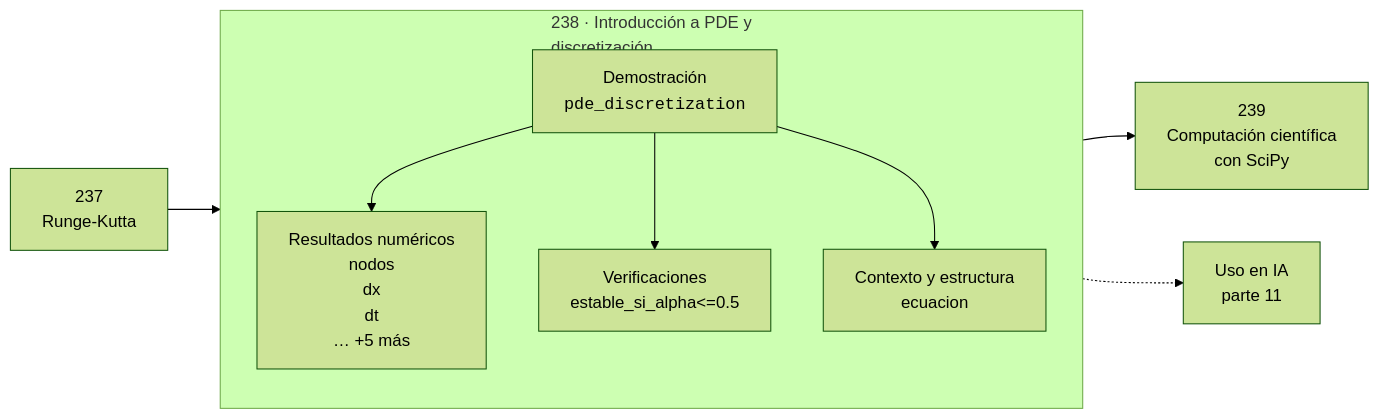
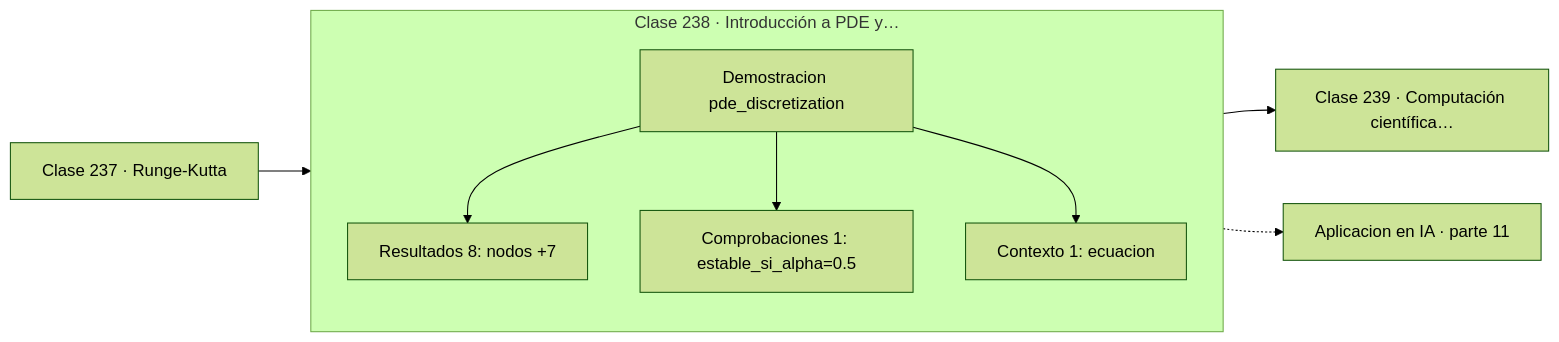
One commit to vladimiracunadev-create/computational-mathematics-program changed the diagram in classes/part-11-metodos-numericos-y-computacion-cientifica/238-introduccion-a-pde-y-discretizacion/README.md. Above: the diagram before and after it, drawn with Mermaid (forest theme). The commit also changed 389 other files, not shown here.

First line of the commit message:
fix(diagramas): elimina el HTML de las etiquetas Mermaid

````diff
--- a/classes/part-11-metodos-numericos-y-computacion-cientifica/238-introduccion-a-pde-y-discretizacion/README.md
+++ b/classes/part-11-metodos-numericos-y-computacion-cientifica/238-introduccion-a-pde-y-discretizacion/README.md
@@ -30,12 +30,13 @@
 ```mermaid
 flowchart LR
-    P["237<br/>Runge-Kutta"] --> C
-    subgraph C["238 · Introducción a PDE y<br/>discretización"]
+    P["Clase 237 · Runge-Kutta"] --> D
+    subgraph CLASE["Clase 238 · Introducción a PDE y…"]
         direction TB
-        D["Demostración<br/><code>pde_discretization</code>"] --> R["Resultados numéricos<br/>nodos<br/>dx<br/>dt<br/>… +5 más"]
-        D --> V["Verificaciones<br/>estable_si_alpha<=0.5"]
-        D --> O["Contexto y estructura<br/>ecuacion"]
+        D["Demostracion pde_discretization"]
+        D --> R["Resultados 8: nodos +7"]
+        D --> V["Comprobaciones 1: estable_si_alpha=0.5"]
+        D --> O["Contexto 1: ecuacion"]
     end
-    C --> N["239<br/>Computación científica<br/>con SciPy"]
-    C -.-> IA["Uso en IA<br/>parte 11"]
+    R --> N["Clase 239 · Computación científica…"]
+    V -.-> IA["Aplicacion en IA · parte 11"]
 ```
````
